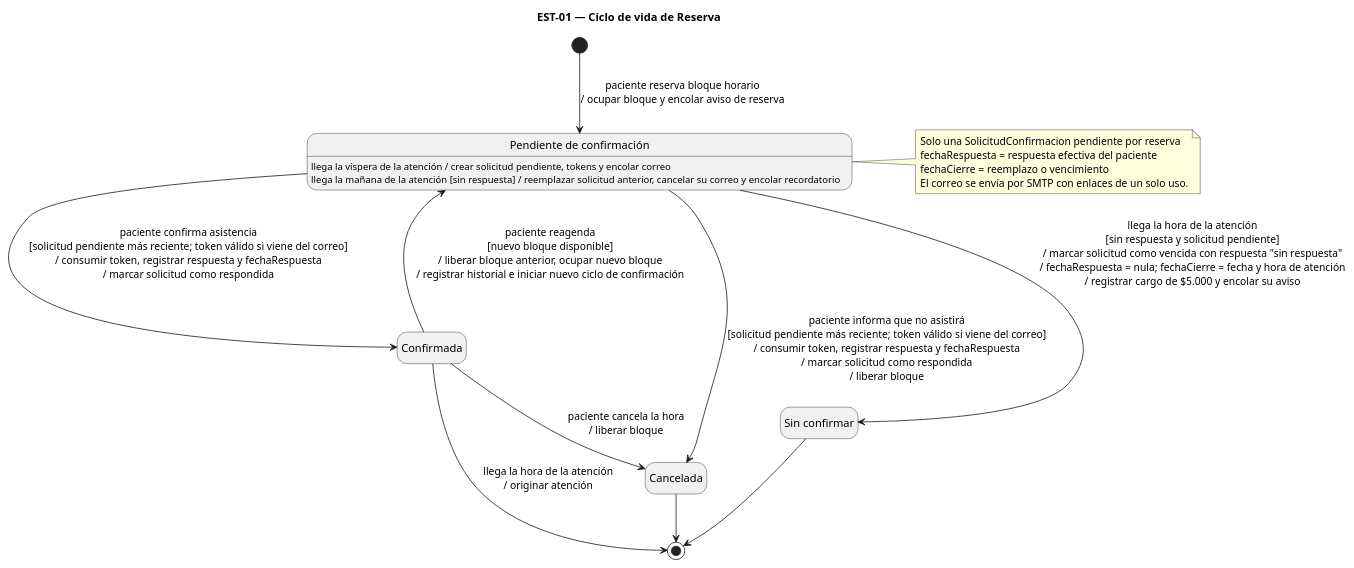
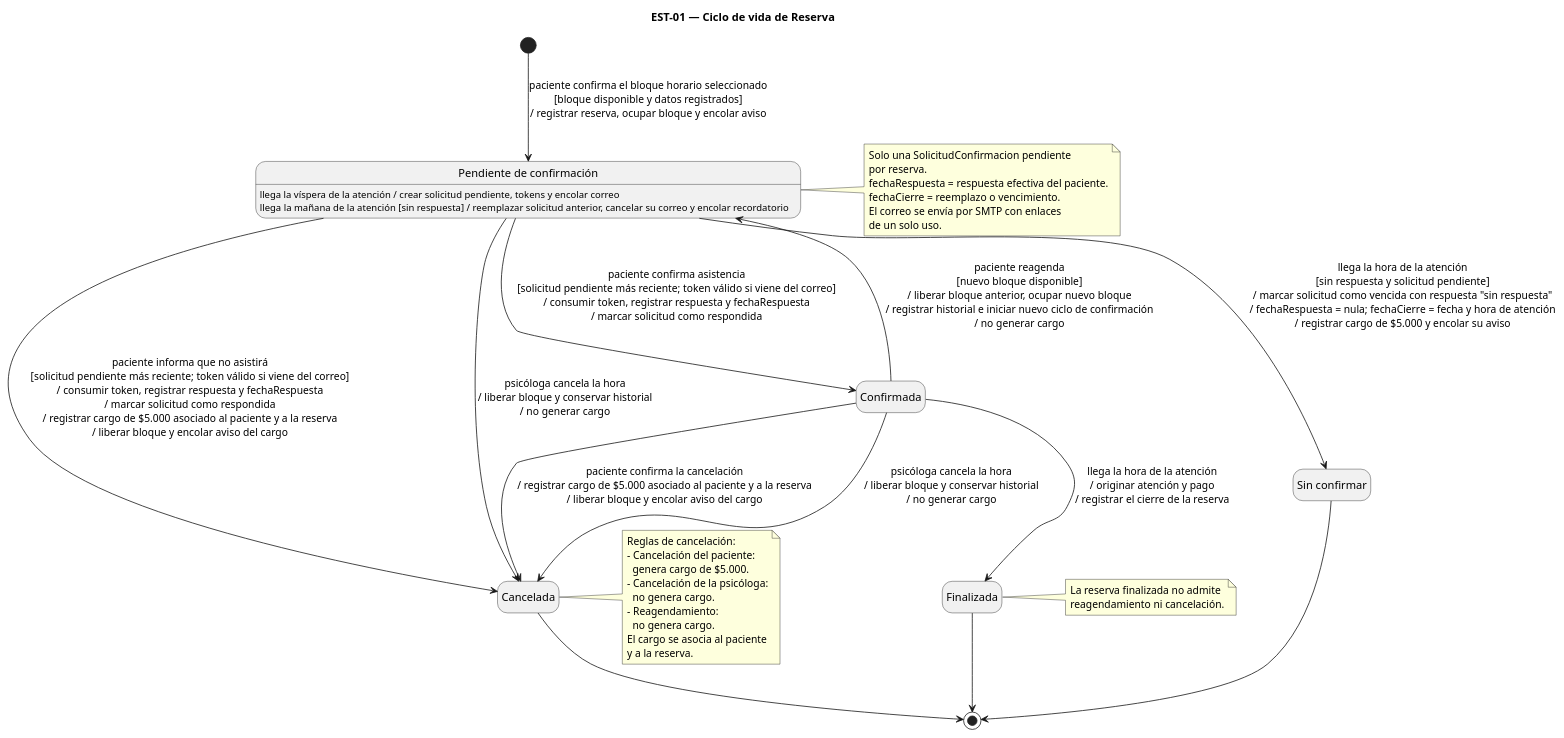
The diagram in diagramas/est-01.puml (gestion-consulta-psicologica/ingenieria-requisitos), drawn with PlantUML before and after one commit. The commit also changed other lines of this file and 48 other files, not shown here.

```diff
--- a/diagramas/est-01.puml
+++ b/diagramas/est-01.puml
@@ -1,28 +2,67 @@
 @startuml est-01
 ' EST-01 — Ciclo de vida de Reserva
 skinparam shadowing false
 skinparam nodesep 80
 skinparam ranksep 60
 hide empty description
+
 title EST-01 — Ciclo de vida de Reserva
 
 state "Pendiente de confirmación" as PEN
 state "Confirmada" as CON
 state "Sin confirmar" as SIN
 state "Cancelada" as CAN
+state "Finalizada" as FIN
 
 PEN : llega la víspera de la atención / crear solicitud pendiente, tokens y encolar correo
 PEN : llega la mañana de la atención [sin respuesta] / reemplazar solicitud anterior, cancelar su correo y encolar recordatorio
 
-note right of PEN : Solo una SolicitudConfirmacion pendiente por reserva\nfechaRespuesta = respuesta efectiva del paciente\nfechaCierre = reemplazo o vencimiento\nEl correo se envía por SMTP con enlaces de un solo uso.
+note right of PEN
+  Solo una SolicitudConfirmacion pendiente
+  por reserva.
+  fechaRespuesta = respuesta efectiva del paciente.
+  fechaCierre = reemplazo o vencimiento.
+  El correo se envía por SMTP con enlaces
+  de un solo uso.
+end note
 
-[*] --> PEN : paciente reserva bloque horario\n/ ocupar bloque y encolar aviso de reserva
+[*] --> PEN : paciente confirma el bloque horario seleccionado\n[bloque disponible y datos registrados]\n/ registrar reserva, ocupar bloque y encolar aviso
+
 PEN --> CON : paciente confirma asistencia\n[solicitud pendiente más reciente; token válido si viene del correo]\n/ consumir token, registrar respuesta y fechaRespuesta\n/ marcar solicitud como respondida
-PEN --> CAN : paciente informa que no asistirá\n[solicitud pendiente más reciente; token válido si viene del correo]\n/ consumir token, registrar respuesta y fechaRespuesta\n/ marcar solicitud como respondida\n/ liberar bloque
+
+PEN --> CAN : paciente informa que no asistirá\n[solicitud pendiente más reciente; token válido si viene del correo]\n/ consumir token, registrar respuesta y fechaRespuesta\n/ marcar solicitud como respondida\n/ registrar cargo de $5.000 asociado al paciente y a la reserva\n/ liberar bloque y encolar aviso del cargo
+
 PEN --> SIN : llega la hora de la atención\n[sin respuesta y solicitud pendiente]\n/ marcar solicitud como vencida con respuesta "sin respuesta"\n/ fechaRespuesta = nula; fechaCierre = fecha y hora de atención\n/ registrar cargo de $5.000 y encolar su aviso
-CON --> CAN : paciente cancela la hora\n/ liberar bloque
-CON -up-> PEN : paciente reagenda\n[nuevo bloque disponible]\n/ liberar bloque anterior, ocupar nuevo bloque\n/ registrar historial e iniciar nuevo ciclo de confirmación
-CON --> [*] : llega la hora de la atención\n/ originar atención
+
+CON --> CAN : paciente confirma la cancelación\n/ registrar cargo de $5.000 asociado al paciente y a la reserva\n/ liberar bloque y encolar aviso del cargo
+
+PEN --> CAN : psicóloga cancela la hora\n/ liberar bloque y conservar historial\n/ no generar cargo
+
+CON --> CAN : psicóloga cancela la hora\n/ liberar bloque y conservar historial\n/ no generar cargo
+
+CON -up-> PEN : paciente reagenda\n[nuevo bloque disponible]\n/ liberar bloque anterior, ocupar nuevo bloque\n/ registrar historial e iniciar nuevo ciclo de confirmación\n/ no generar cargo
+
+CON --> FIN : llega la hora de la atención\n/ originar atención y pago\n/ registrar el cierre de la reserva
+
+note right of CAN
+  Reglas de cancelación:
+  - Cancelación del paciente:
+    genera cargo de $5.000.
+  - Cancelación de la psicóloga:
+    no genera cargo.
+  - Reagendamiento:
+    no genera cargo.
+  El cargo se asocia al paciente
+  y a la reserva.
+end note
+
+note right of FIN
+  La reserva finalizada no admite
+  reagendamiento ni cancelación.
+end note
+
+FIN --> [*]
 CAN --> [*]
 SIN --> [*]
+
 @enduml
```
